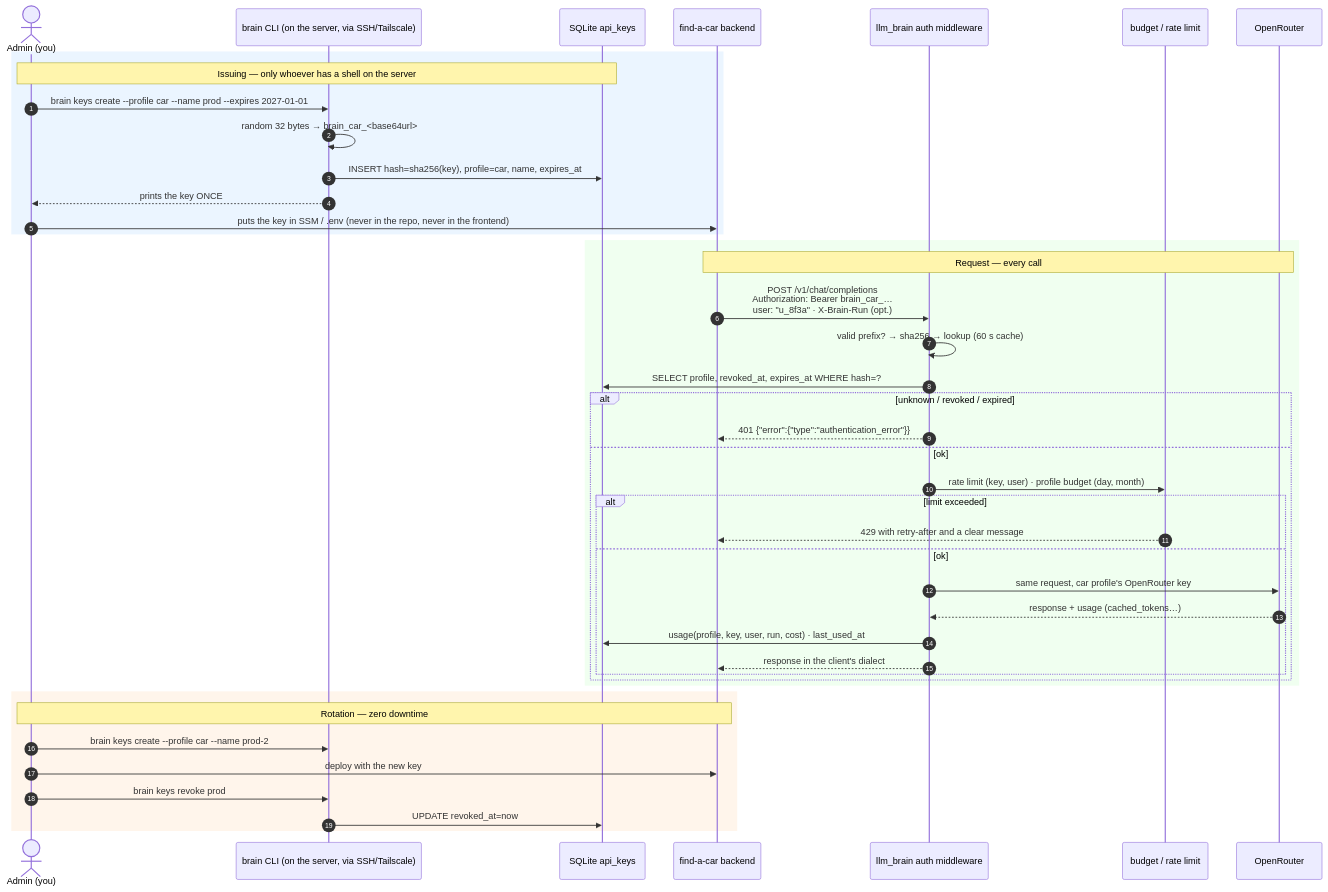
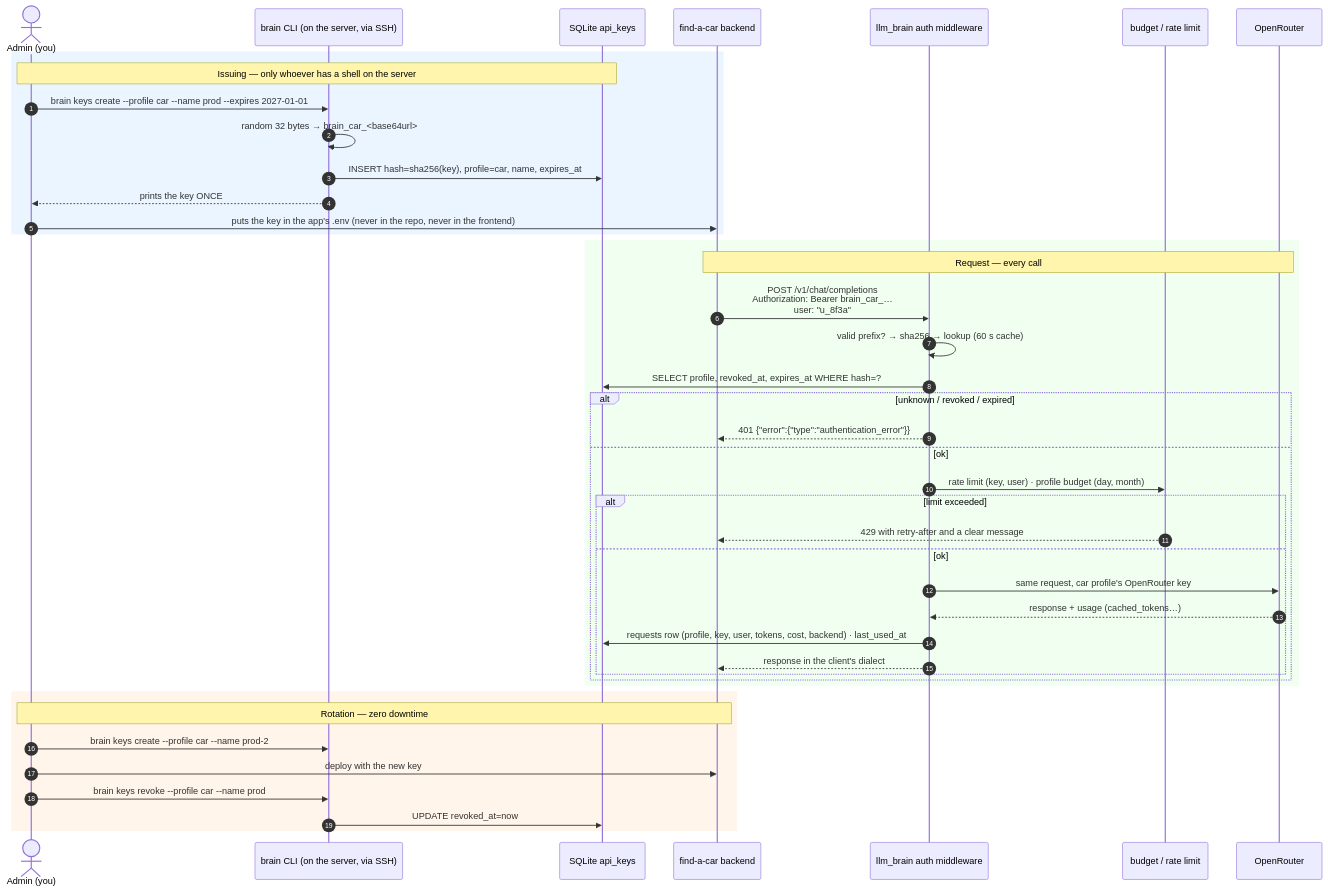
One commit to pjcau/llm_brain changed the diagram in diagrams/10-auth-sequence.mmd. Above: the diagram before and after it, drawn with Mermaid. The commit also changed 42 other files, not shown here.

```diff
--- a/diagrams/10-auth-sequence.mmd
+++ b/diagrams/10-auth-sequence.mmd
@@ -1,46 +1,46 @@
 sequenceDiagram
     autonumber
     actor ADM as Admin (you)
-    participant CLI as brain CLI (on the server, via SSH/Tailscale)
+    participant CLI as brain CLI (on the server, via SSH)
     participant DB as SQLite api_keys
     participant APP as find-a-car backend
     participant MW as llm_brain auth middleware
     participant BUD as budget / rate limit
     participant OR as OpenRouter
 
     rect rgb(235,245,255)
     note over ADM,DB: Issuing — only whoever has a shell on the server
     ADM->>CLI: brain keys create --profile car --name prod --expires 2027-01-01
     CLI->>CLI: random 32 bytes → brain_car_<base64url>
     CLI->>DB: INSERT hash=sha256(key), profile=car, name, expires_at
     CLI-->>ADM: prints the key ONCE
-    ADM->>APP: puts the key in SSM / .env (never in the repo, never in the frontend)
+    ADM->>APP: puts the key in the app's .env (never in the repo, never in the frontend)
     end
 
     rect rgb(240,255,240)
     note over APP,OR: Request — every call
-    APP->>MW: POST /v1/chat/completions<br/>Authorization: Bearer brain_car_…<br/>user: "u_8f3a" · X-Brain-Run (opt.)
+    APP->>MW: POST /v1/chat/completions<br/>Authorization: Bearer brain_car_…<br/>user: "u_8f3a"
     MW->>MW: valid prefix? → sha256 → lookup (60 s cache)
     MW->>DB: SELECT profile, revoked_at, expires_at WHERE hash=?
     alt unknown / revoked / expired
         MW-->>APP: 401 {"error":{"type":"authentication_error"}}
     else ok
         MW->>BUD: rate limit (key, user) · profile budget (day, month)
         alt limit exceeded
             BUD-->>APP: 429 with retry-after and a clear message
         else ok
             MW->>OR: same request, car profile's OpenRouter key
             OR-->>MW: response + usage (cached_tokens…)
-            MW->>DB: usage(profile, key, user, run, cost) · last_used_at
+            MW->>DB: requests row (profile, key, user, tokens, cost, backend) · last_used_at
             MW-->>APP: response in the client's dialect
         end
     end
     end
 
     rect rgb(255,245,235)
     note over ADM,APP: Rotation — zero downtime
     ADM->>CLI: brain keys create --profile car --name prod-2
     ADM->>APP: deploy with the new key
-    ADM->>CLI: brain keys revoke prod
+    ADM->>CLI: brain keys revoke --profile car --name prod
     CLI->>DB: UPDATE revoked_at=now
     end
```
